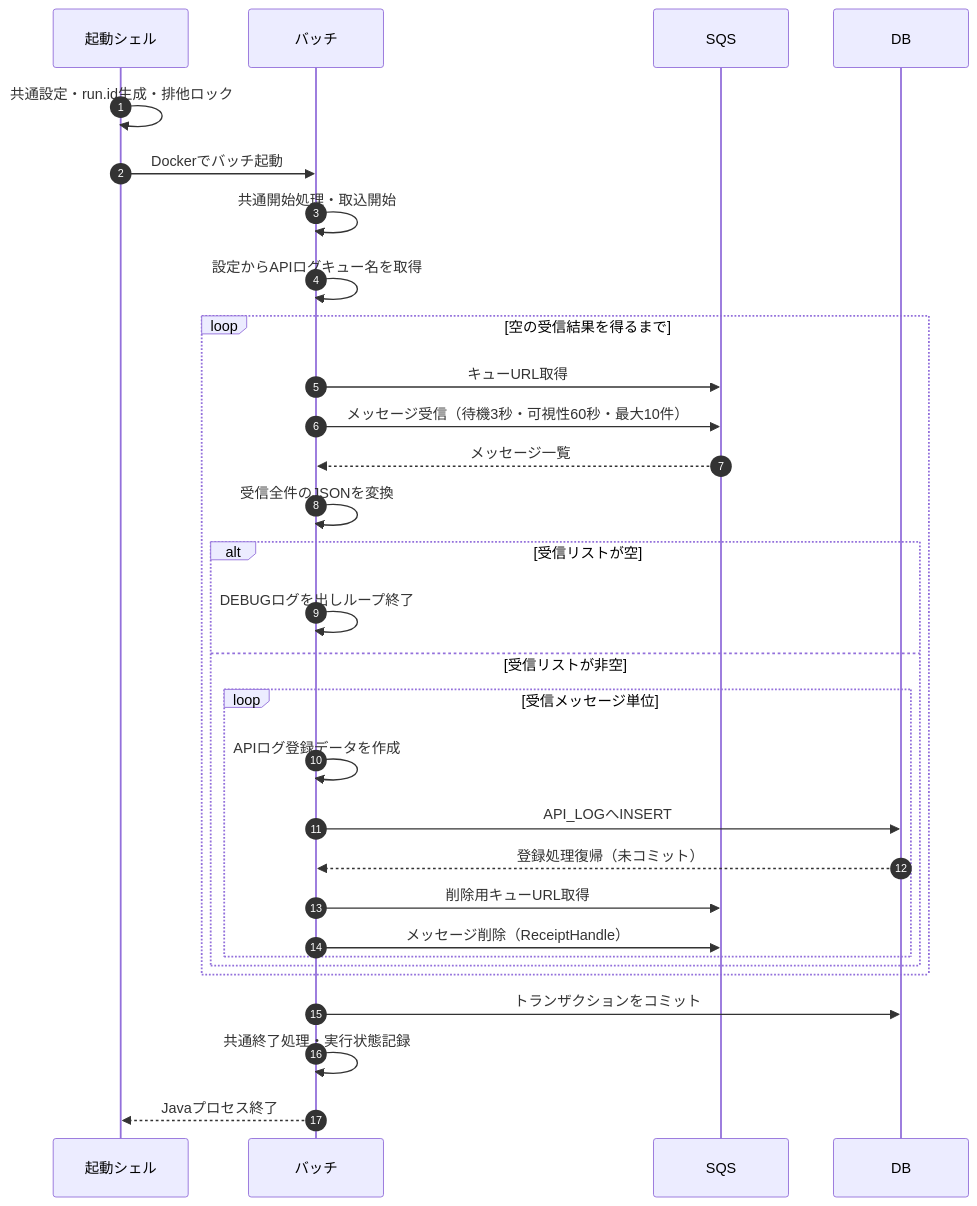
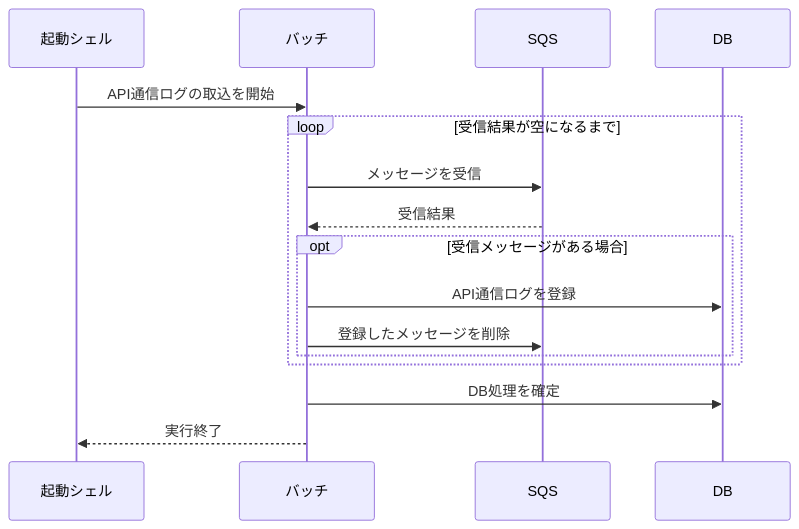
Before and after one commit to kohei-okazaki/work-3g: the first of 2 diagrams in ha-docs/design/03_batch/設計書_3.4.AWS SQS取込バッチ.md, drawn with Mermaid. The commit also changed other lines of this file and 67 other files, not shown here.

````diff
--- a/ha-docs/design/03_batch/設計書_3.4.AWS SQS取込バッチ.md
+++ b/ha-docs/design/03_batch/設計書_3.4.AWS SQS取込バッチ.md
@@ -45,32 +12,18 @@
 ```mermaid
 sequenceDiagram
-    autonumber
-    participant Shell as 起動シェル
-    participant Batch as バッチ
-    participant SQS as SQS
-    participant DB as DB
-    Shell->>Shell: 共通設定・run.id生成・排他ロック
-    Shell->>Batch: Dockerでバッチ起動
-    Batch->>Batch: 共通開始処理・取込開始
-    Batch->>Batch: 設定からAPIログキュー名を取得
-    loop 空の受信結果を得るまで
-        Batch->>SQS: キューURL取得
-        Batch->>SQS: メッセージ受信（待機3秒・可視性60秒・最大10件）
-        SQS-->>Batch: メッセージ一覧
-        Batch->>Batch: 受信全件のJSONを変換
-        alt 受信リストが空
-            Batch->>Batch: DEBUGログを出しループ終了
-        else 受信リストが非空
-            loop 受信メッセージ単位
-                Batch->>Batch: APIログ登録データを作成
-                Batch->>DB: API_LOGへINSERT
-                DB-->>Batch: 登録処理復帰（未コミット）
-                Batch->>SQS: 削除用キューURL取得
-                Batch->>SQS: メッセージ削除（ReceiptHandle）
-            end
+    participant S as 起動シェル
+    participant B as バッチ
+    participant Q as SQS
+    participant D as DB
+    S->>B: API通信ログの取込を開始
+    loop 受信結果が空になるまで
+        B->>Q: メッセージを受信
+        Q-->>B: 受信結果
+        opt 受信メッセージがある場合
+            B->>D: API通信ログを登録
+            B->>Q: 登録したメッセージを削除
         end
     end
-    Batch->>DB: トランザクションをコミット
-    Batch->>Batch: 共通終了処理・実行状態記録
-    Batch-->>Shell: Javaプロセス終了
+    B->>D: DB処理を確定
+    B-->>S: 実行終了
 ```
````
